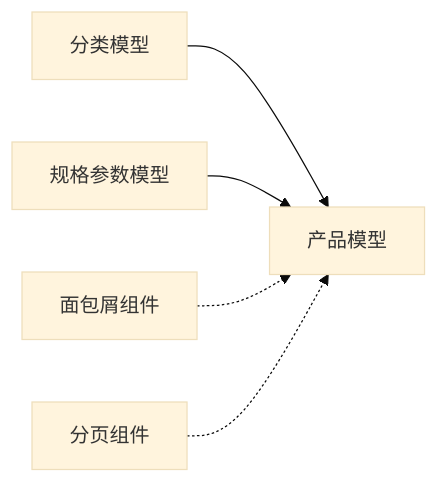
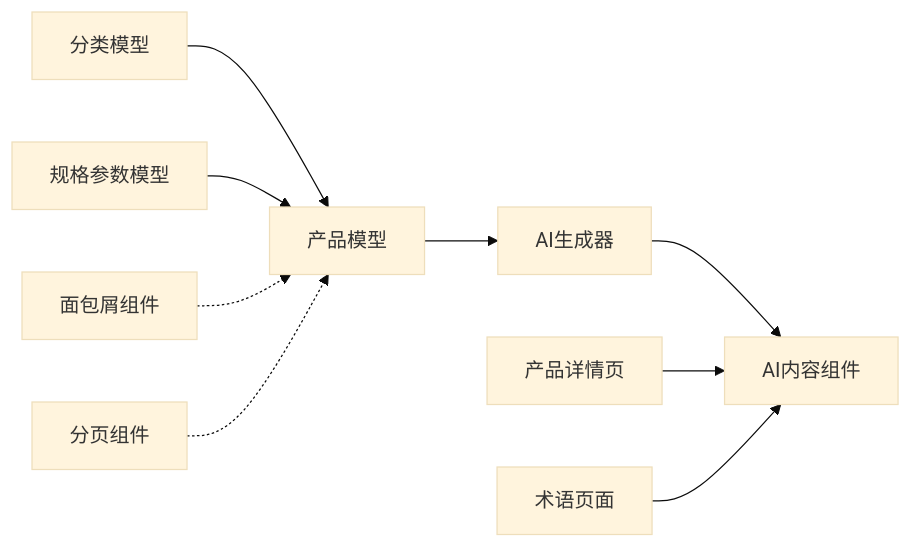
One commit to waltzhan/LEDTrade changed the seventh of 7 diagrams in .qoder/repowiki/zh/content/产品管理系统/产品管理系统.md. Above: the diagram before and after it, drawn with Mermaid (base theme). The commit also changed other lines of this file and 20 other files, not shown here.

````diff
--- a/.qoder/repowiki/zh/content/产品管理系统/产品管理系统.md
+++ b/.qoder/repowiki/zh/content/产品管理系统/产品管理系统.md
@@ -338,7 +468,11 @@
 ```mermaid
 graph LR
 Cat["分类模型"] --> Prod["产品模型"]
 Spec["规格参数模型"] --> Prod
 Breadcrumb["面包屑组件"] -.-> Prod
 Pagination["分页组件"] -.-> Prod
+AIG["AI生成器"] --> AICB["AI内容组件"]
+Prod --> AIG
+PD["产品详情页"] --> AICB
+GP["术语页面"] --> AICB
 ```
````
